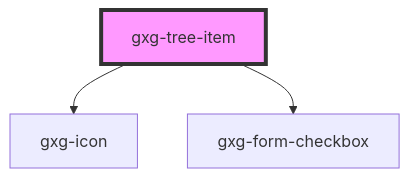
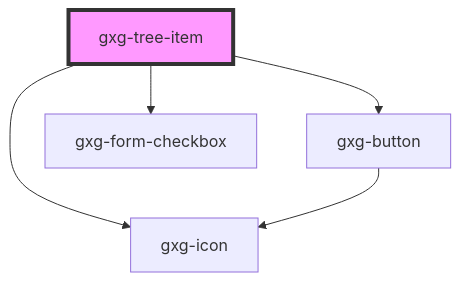
The diagram in src/components/tree-item/readme.md (genexuslabs/gemini), drawn with Mermaid before and after one commit. The commit also changed other lines of this file and 2 other files, not shown here.

Commit message:
add button instead of icon on the toggle icon

````diff
--- a/src/components/tree-item/readme.md
+++ b/src/components/tree-item/readme.md
@@ -33,6 +34,8 @@
 ```mermaid
 graph TD;
+  gxg-tree-item --> gxg-button
+  gxg-tree-item --> gxg-form-checkbox
   gxg-tree-item --> gxg-icon
-  gxg-tree-item --> gxg-form-checkbox
+  gxg-button --> gxg-icon
   style gxg-tree-item fill:#f9f,stroke:#333,stroke-width:4px
 ```
````
